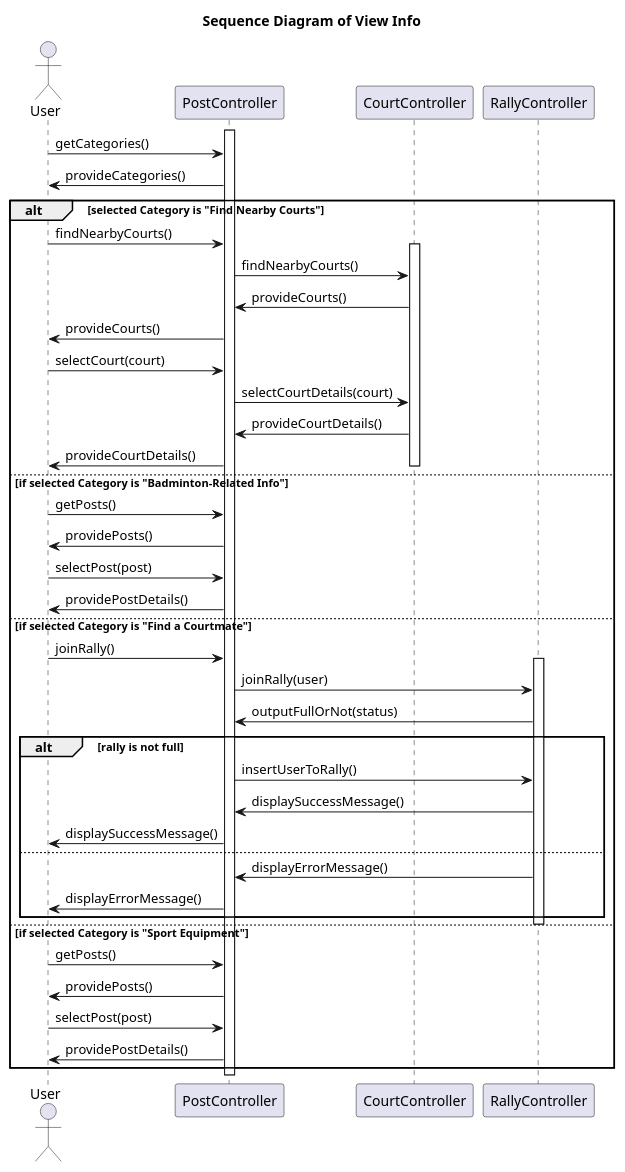
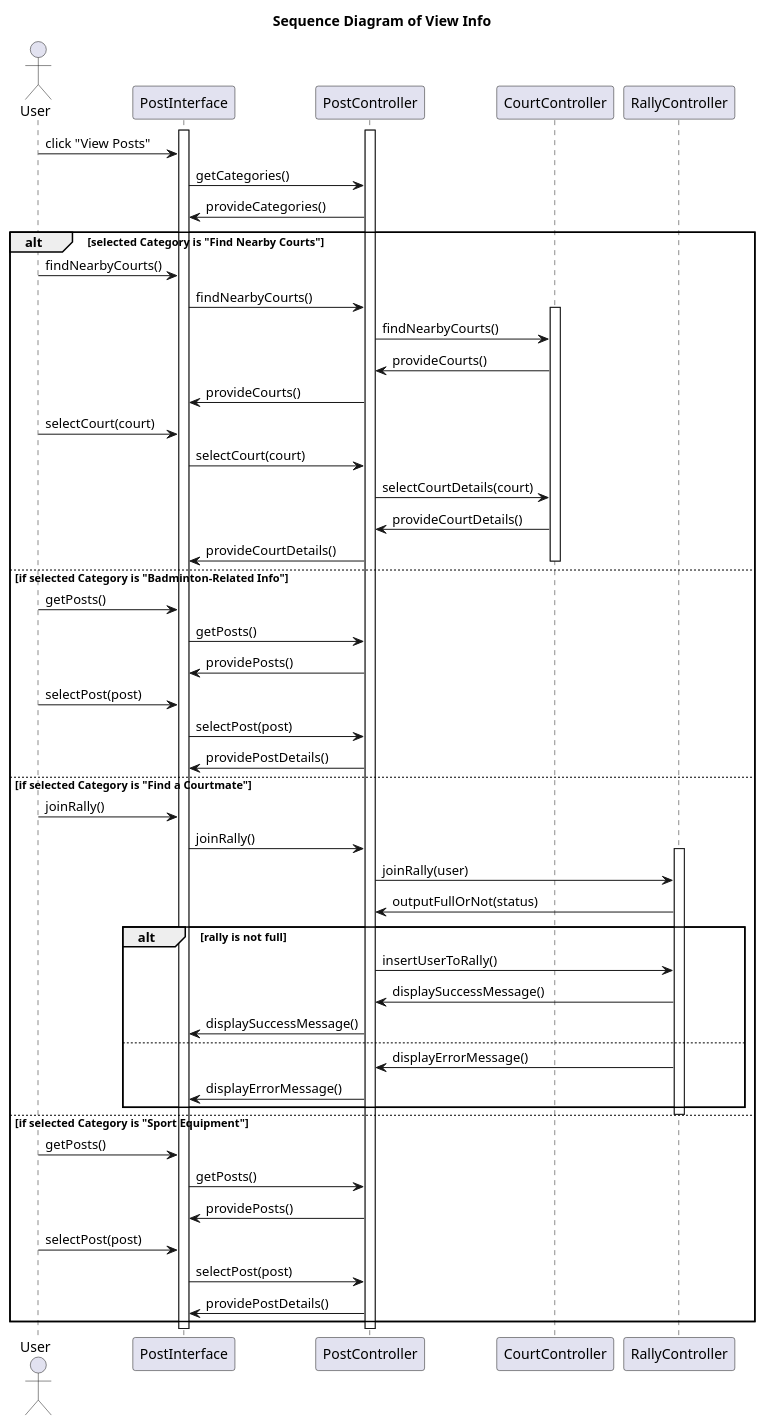
One commit to Vizards8/Hey_Badminton changed the diagram in Diagram/Sequence Diagram/View info.puml. Above: the diagram before and after it, drawn with PlantUML. The commit also changed 4 other files, not shown here.

Commit message:
Add Interface to Sequence Diagrams

```diff
--- a/Diagram/Sequence Diagram/View info.puml
+++ b/Diagram/Sequence Diagram/View info.puml
@@ -1,65 +1,75 @@
 @startuml
 title Sequence Diagram of View Info
 
 actor User
+activate PostInterface
+activate PostController
 
-activate PostController
-User -> PostController : getCategories()
-PostController -> User : provideCategories()
+User -> PostInterface : click "View Posts"
+PostInterface -> PostController : getCategories()
+PostController -> PostInterface : provideCategories()
 
 alt selected Category is "Find Nearby Courts"
 
-    User -> PostController: findNearbyCourts()
+    User -> PostInterface: findNearbyCourts()
+    PostInterface -> PostController: findNearbyCourts()
 
     activate CourtController
     PostController -> CourtController: findNearbyCourts()
     CourtController -> PostController: provideCourts()
+    PostController -> PostInterface: provideCourts()
 
-    PostController -> User: provideCourts()
-    User -> PostController: selectCourt(court)
+    User -> PostInterface: selectCourt(court)
+    PostInterface -> PostController: selectCourt(court)
 
     PostController -> CourtController: selectCourtDetails(court)
     CourtController -> PostController: provideCourtDetails()
 
-    PostController -> User: provideCourtDetails()
+    PostController -> PostInterface: provideCourtDetails()
     deactivate CourtController
 
 else if selected Category is "Badminton-Related Info"
 
-    User -> PostController: getPosts()
-    PostController -> User: providePosts()
+    User -> PostInterface: getPosts()
+    PostInterface -> PostController: getPosts()
+    PostController -> PostInterface: providePosts()
 
-    User -> PostController: selectPost(post)
-    PostController -> User: providePostDetails()
+    User -> PostInterface: selectPost(post)
+    PostInterface -> PostController: selectPost(post)
+    PostController -> PostInterface: providePostDetails()
 
 else if selected Category is "Find a Courtmate"
 
-    User -> PostController: joinRally()
+    User -> PostInterface: joinRally()
+    PostInterface -> PostController: joinRally()
 
     activate RallyController
     PostController -> RallyController: joinRally(user)
     RallyController -> PostController: outputFullOrNot(status)
 
     alt rally is not full
         PostController -> RallyController: insertUserToRally()
         RallyController -> PostController: displaySuccessMessage()
-        PostController -> User: displaySuccessMessage()
+        PostController -> PostInterface: displaySuccessMessage()
     else
         RallyController -> PostController: displayErrorMessage()
-        PostController -> User: displayErrorMessage()
+        PostController -> PostInterface: displayErrorMessage()
     end
 
     deactivate RallyController
 
 else if selected Category is "Sport Equipment"
 
-    User -> PostController: getPosts()
-    PostController -> User: providePosts()
+    User -> PostInterface: getPosts()
+    PostInterface -> PostController: getPosts()
+    PostController -> PostInterface: providePosts()
 
-    User -> PostController: selectPost(post)
-    PostController -> User: providePostDetails()
+    User -> PostInterface: selectPost(post)
+    PostInterface -> PostController: selectPost(post)
+    PostController -> PostInterface: providePostDetails()
 end
 
+deactivate PostInterface
 deactivate PostController
 
 @enduml
```
